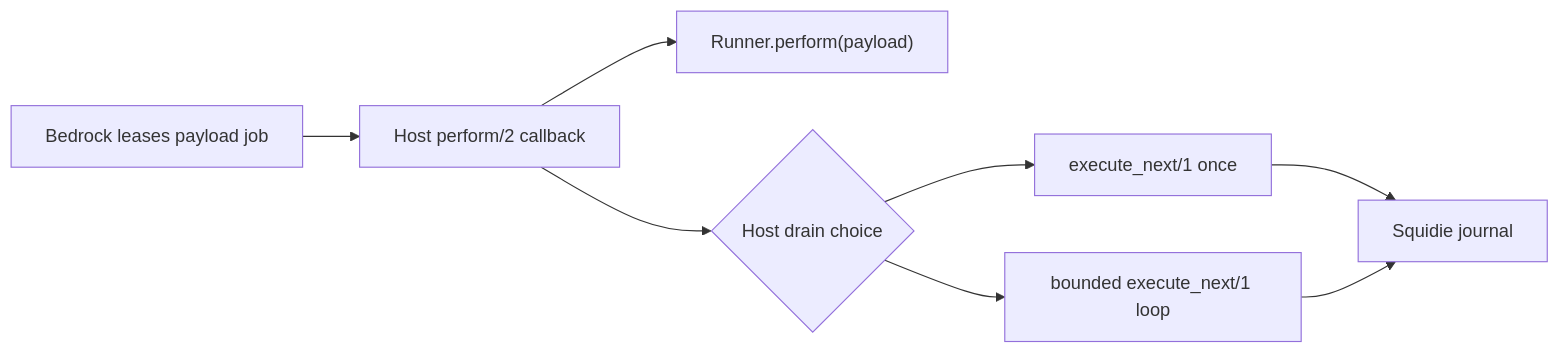
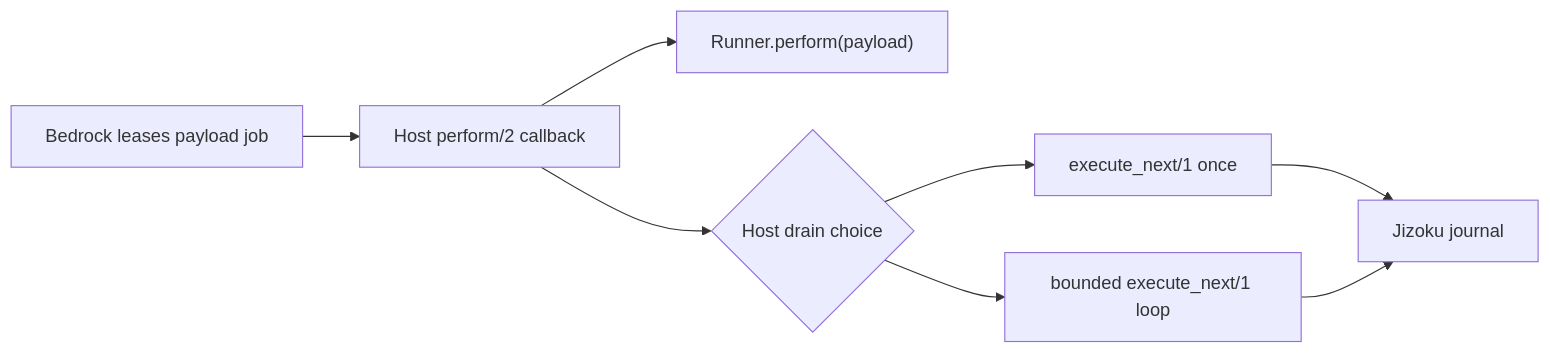
The first of 2 diagrams in README.md (agentjido/jizoku), drawn with Mermaid before and after one commit. The commit also changed other lines of this file and 45 other files, not shown here.

````diff
--- a/README.md
+++ b/README.md
@@ -270,10 +274,10 @@
 ```mermaid
 flowchart LR
   Bedrock["Bedrock leases payload job"] --> Callback["Host perform/2 callback"]
   Callback --> Payload["Runner.perform(payload)"]
   Callback --> Choice{"Host drain choice"}
   Choice --> Once["execute_next/1 once"]
   Choice --> Loop["bounded execute_next/1 loop"]
-  Once --> Journal["Squidie journal"]
+  Once --> Journal["Jizoku journal"]
   Loop --> Journal
 ```
````
